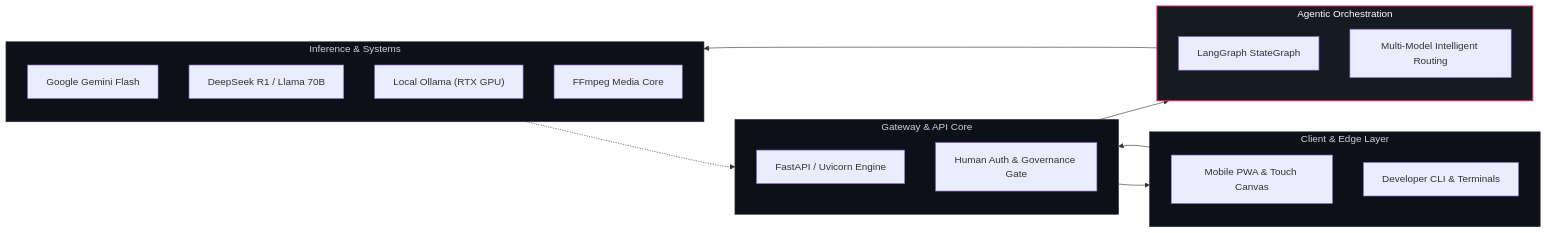
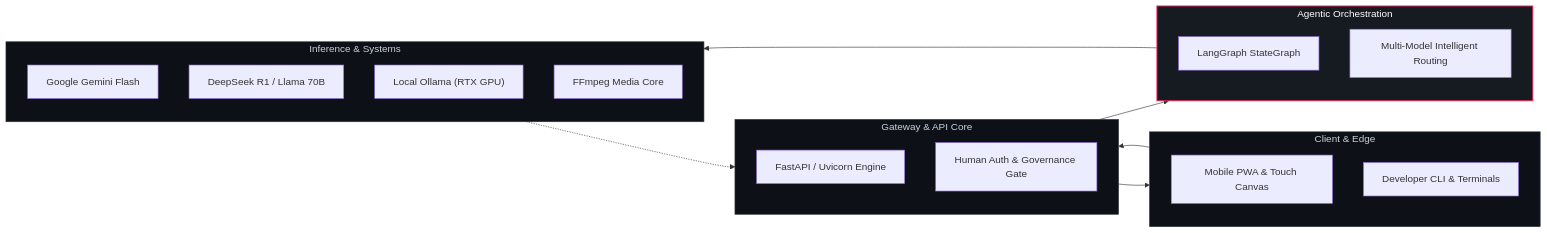
One commit to jeeva4th/jeeva4th changed the diagram in README.md. Above: the diagram before and after it, drawn with Mermaid. The commit also changed other lines of this file and 1 other file, not shown here.

````diff
--- a/README.md
+++ b/README.md
@@ -26,35 +53,30 @@
 ```mermaid
 flowchart LR
-    subgraph Client ["Client & Edge Layer"]
+    subgraph Client ["Client & Edge"]
         PWA["Mobile PWA & Touch Canvas"]
         CLI["Developer CLI & Terminals"]
     end
-
     subgraph Gateway ["Gateway & API Core"]
         FastAPI["FastAPI / Uvicorn Engine"]
         Security["Human Auth & Governance Gate"]
     end
-
     subgraph Intelligence ["Agentic Orchestration"]
         LangGraph["LangGraph StateGraph"]
         Router["Multi-Model Intelligent Routing"]
     end
-
     subgraph Providers ["Inference & Systems"]
         Gemini["Google Gemini Flash"]
         Groq["DeepSeek R1 / Llama 70B"]
         Local["Local Ollama (RTX GPU)"]
         FFmpeg["FFmpeg Media Core"]
     end
-
     Client --> Gateway
     Gateway --> Intelligence
     Intelligence --> Providers
     Providers -.-> Gateway
     Gateway --> Client
-
     classDef darkBox fill:#0d1117,stroke:#30363d,stroke-width:1px,color:#c9d1d9;
     classDef accentBox fill:#161b22,stroke:#ff2a5f,stroke-width:1.5px,color:#ffffff;
     class Client,Gateway,Providers darkBox;
     class Intelligence accentBox;
 ```
````
